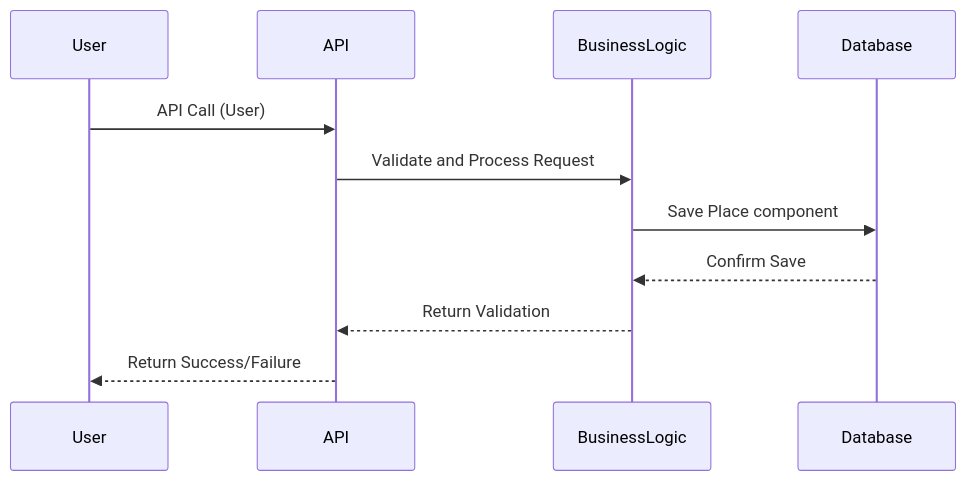
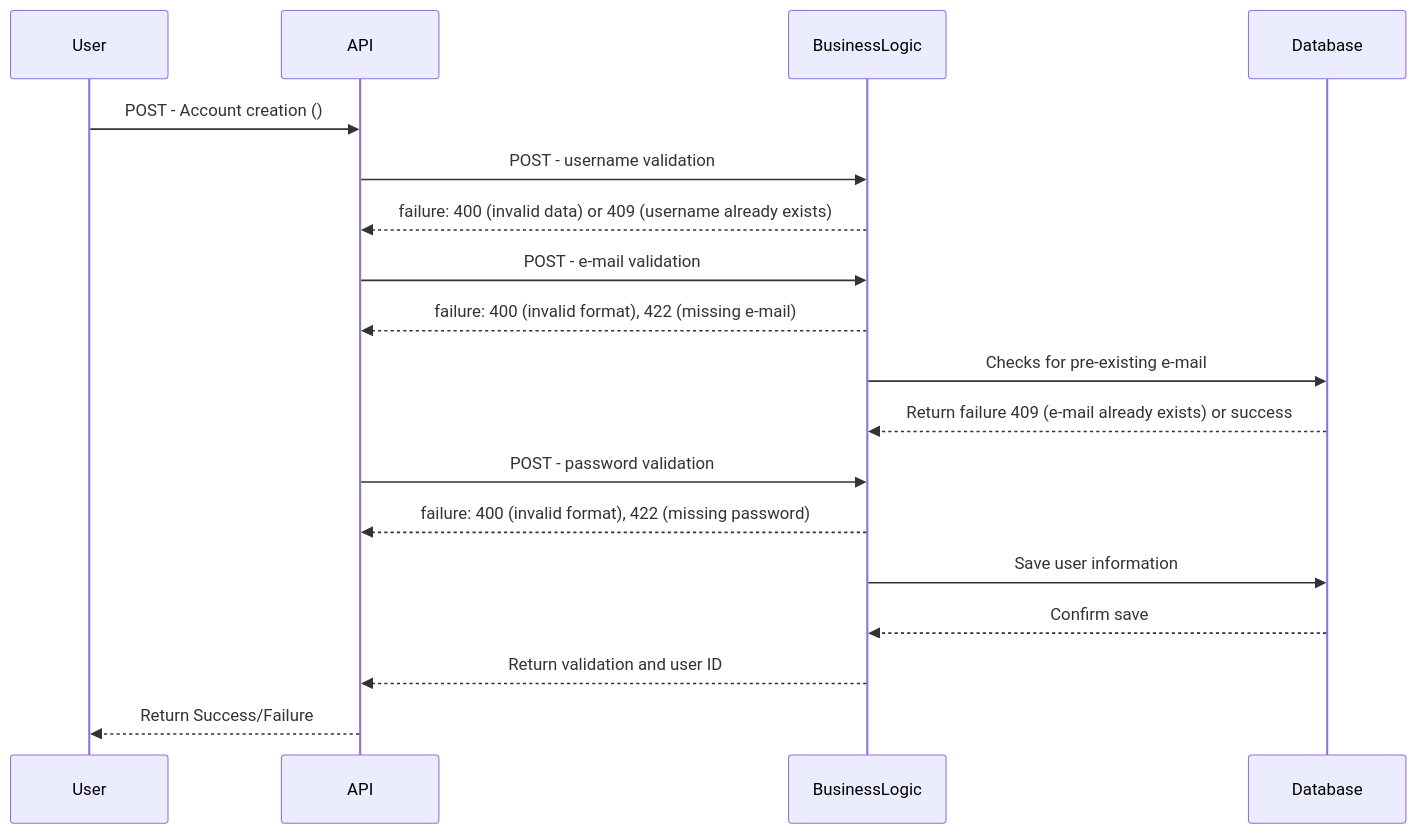
Before and after one commit to PrmDem/holbertonschool-hbnb: the diagram in part1/user_creation.md, drawn with Mermaid. The commit also changed 3 other files, not shown here.

````diff
--- a/part1/user_creation.md
+++ b/part1/user_creation.md
@@ -1,14 +1,21 @@
 ```mermaid
 sequenceDiagram
 participant User
 participant API
 participant BusinessLogic
 participant Database
 
-User->>API: API Call (User)
-API->>BusinessLogic: Validate and Process Request
-BusinessLogic->>Database: Save Place component
-Database-->>BusinessLogic: Confirm Save
-BusinessLogic-->>API: Return Validation
+User->>API: POST - Account creation ()
+API->>BusinessLogic: POST - username validation
+BusinessLogic-->>API: failure: 400 (invalid data) or 409 (username already exists)
+API->>BusinessLogic: POST - e-mail validation
+BusinessLogic-->>API: failure: 400 (invalid format), 422 (missing e-mail)
+BusinessLogic->>Database: Checks for pre-existing e-mail
+Database-->>BusinessLogic: Return failure 409 (e-mail already exists) or success
+API->>BusinessLogic: POST - password validation
+BusinessLogic-->>API: failure: 400 (invalid format), 422 (missing password)
+BusinessLogic->>Database: Save user information
+Database-->>BusinessLogic: Confirm save
+BusinessLogic-->>API: Return validation and user ID
 API-->>User: Return Success/Failure
 ```
````
